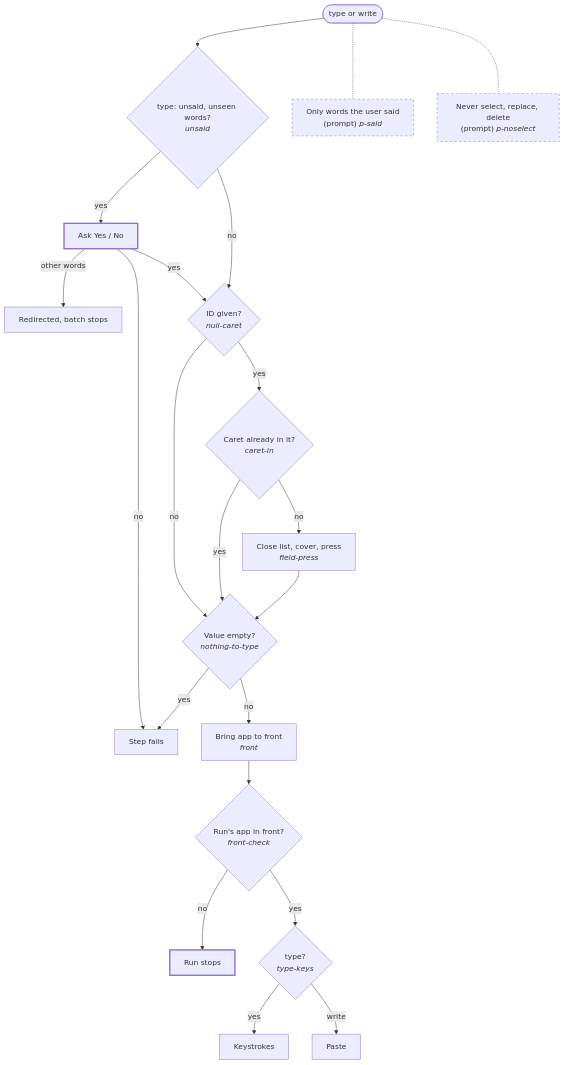
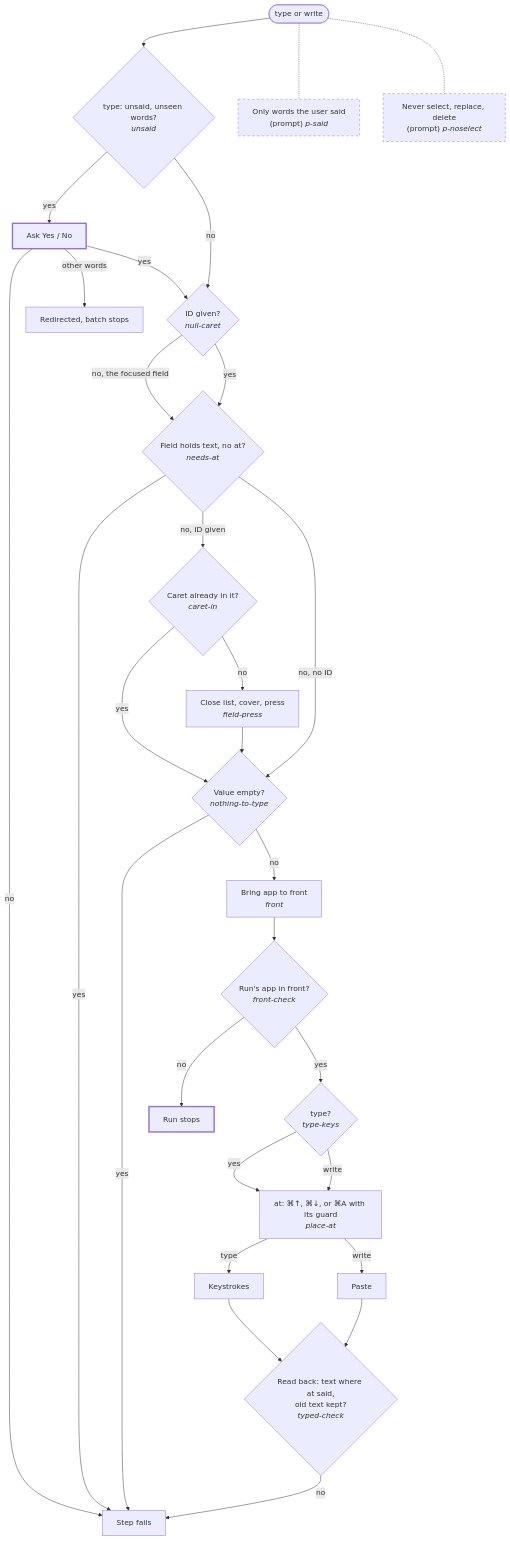
The tenth of 16 diagrams in docs/actions-trees.md (znat/parrotflow), drawn with Mermaid before and after one commit. The commit also changed other lines of this file and 7 other files, not shown here.

First line of the commit message:
feat(actions): type and write say where the text goes with `at`

````diff
--- a/docs/actions-trees.md
+++ b/docs/actions-trees.md
@@ -237,27 +237,36 @@
 ```mermaid
 flowchart TD
   classDef prompt stroke-dasharray: 5 5
   classDef user stroke-width:3px
   T0([type or write]) --> Q1{"type: unsaid, unseen words?<br/><i>unsaid</i>"}
   Q1 -->|yes| U1["Ask Yes / No"]:::user
   U1 -->|no| X1["Step fails"]
   U1 -->|other words| X2["Redirected, batch stops"]
   U1 -->|yes| Q2
   Q1 -->|no| Q2{"ID given?<br/><i>null-caret</i>"}
-  Q2 -->|no| K1
-  Q2 -->|yes| Q3{"Caret already in it?<br/><i>caret-in</i>"}
+  Q2 -->|no, the focused field| A1
+  Q2 -->|yes| A1{"Field holds text, no at?<br/><i>needs-at</i>"}
+  A1 -->|yes| X1
+  A1 -->|no, ID given| Q3
+  A1 -->|no, no ID| K1
+  Q3{"Caret already in it?<br/><i>caret-in</i>"}
   Q3 -->|yes| K1
   Q3 -->|no| C1["Close list, cover, press<br/><i>field-press</i>"]
   C1 --> K1{"Value empty?<br/><i>nothing-to-type</i>"}
   K1 -->|yes| X1
   K1 -->|no| FR["Bring app to front<br/><i>front</i>"]
   FR --> Q4{"Run's app in front?<br/><i>front-check</i>"}
   Q4 -->|no| X3["Run stops"]:::user
   Q4 -->|yes| K2{"type?<br/><i>type-keys</i>"}
-  K2 -->|yes| K3["Keystrokes"]
-  K2 -->|write| K4["Paste"]
+  K2 -->|yes| AT
+  K2 -->|write| AT["at: ⌘↑, ⌘↓, or ⌘A with its guard<br/><i>place-at</i>"]
+  AT -->|type| K3["Keystrokes"]
+  AT -->|write| K4["Paste"]
+  K3 --> CK{"Read back: text where at said,<br/>old text kept?<br/><i>typed-check</i>"}
+  K4 --> CK
+  CK -->|no| X1
   P1["Only words the user said<br/>(prompt) <i>p-said</i>"]:::prompt
   P2["Never select, replace, delete<br/>(prompt) <i>p-noselect</i>"]:::prompt
   T0 -.- P1
   T0 -.- P2
 ```
````
